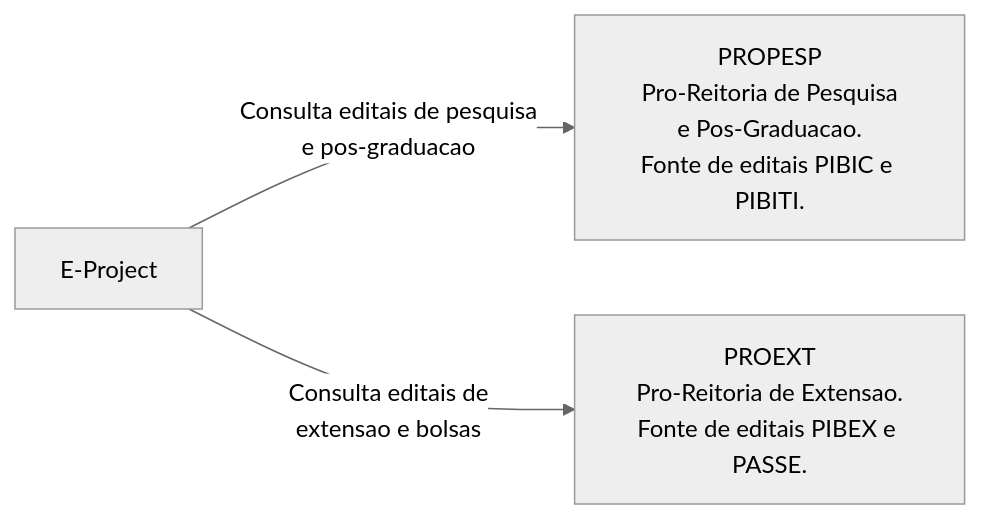
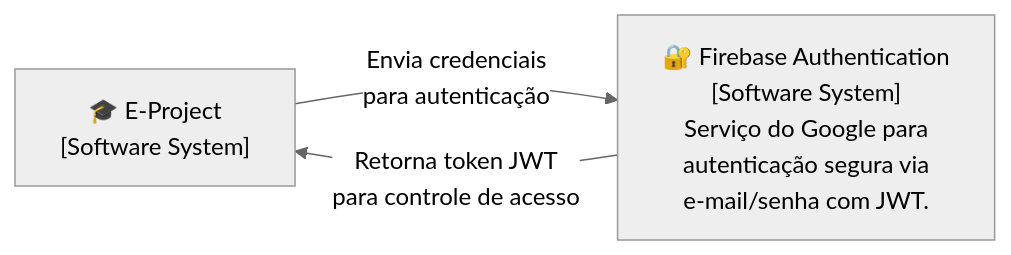
Before and after one commit to JEAN1ACCELER/projeto_pratico-eg: the fourth of 5 diagrams in projeto-e-arquitetura/3-c4-contexto.md, drawn with Mermaid (neutral theme). The commit also changed other lines of this file, not shown here.

````diff
--- a/projeto-e-arquitetura/3-c4-contexto.md
+++ b/projeto-e-arquitetura/3-c4-contexto.md
@@ -106,11 +129,9 @@
 ```mermaid
 flowchart LR
-    eproject["E-Project"]
+    eproject["🎓 E-Project\n[Software System]"]
 
-    propesp["PROPESP\nPro-Reitoria de Pesquisa\ne Pos-Graduacao.\nFonte de editais PIBIC e PIBITI."]
+    firebaseauth["🔐 Firebase Authentication\n[Software System]\nServiço do Google para\nautenticação segura via\ne-mail/senha com JWT."]
 
-    proext["PROEXT\nPro-Reitoria de Extensao.\nFonte de editais PIBEX e PASSE."]
-
-    eproject -- "Consulta editais de pesquisa\ne pos-graduacao" --> propesp
-    eproject -- "Consulta editais de\nextensao e bolsas" --> proext
+    eproject -- "Envia credenciais\npara autenticação" --> firebaseauth
+    firebaseauth -- "Retorna token JWT\npara controle de acesso" --> eproject
 ```
````
